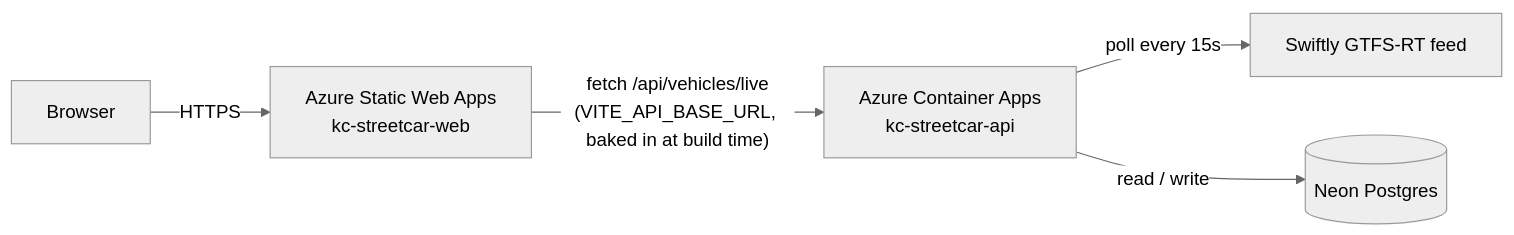
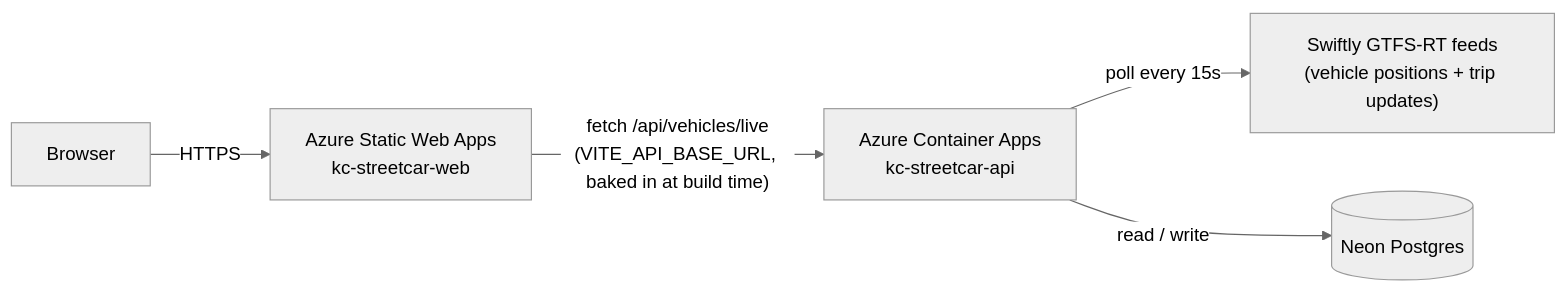
Before and after one commit to alexmwebber/kc-streetcar: the first of 2 diagrams in docs/ci-cd-pipeline.md, drawn with Mermaid (neutral theme). The commit also changed other lines of this file and 14 other files, not shown here.

````diff
--- a/docs/ci-cd-pipeline.md
+++ b/docs/ci-cd-pipeline.md
@@ -22,7 +22,7 @@
 ```mermaid
 flowchart LR
   Browser -->|HTTPS| SWA["Azure Static Web Apps<br/>kc-streetcar-web"]
   SWA -->|"fetch /api/vehicles/live<br/>(VITE_API_BASE_URL, baked in at build time)"| ACA["Azure Container Apps<br/>kc-streetcar-api"]
-  ACA -->|poll every 15s| Swiftly["Swiftly GTFS-RT feed"]
+  ACA -->|poll every 15s| Swiftly["Swiftly GTFS-RT feeds<br/>(vehicle positions + trip updates)"]
   ACA -->|read / write| Neon[("Neon Postgres")]
 ```
````
